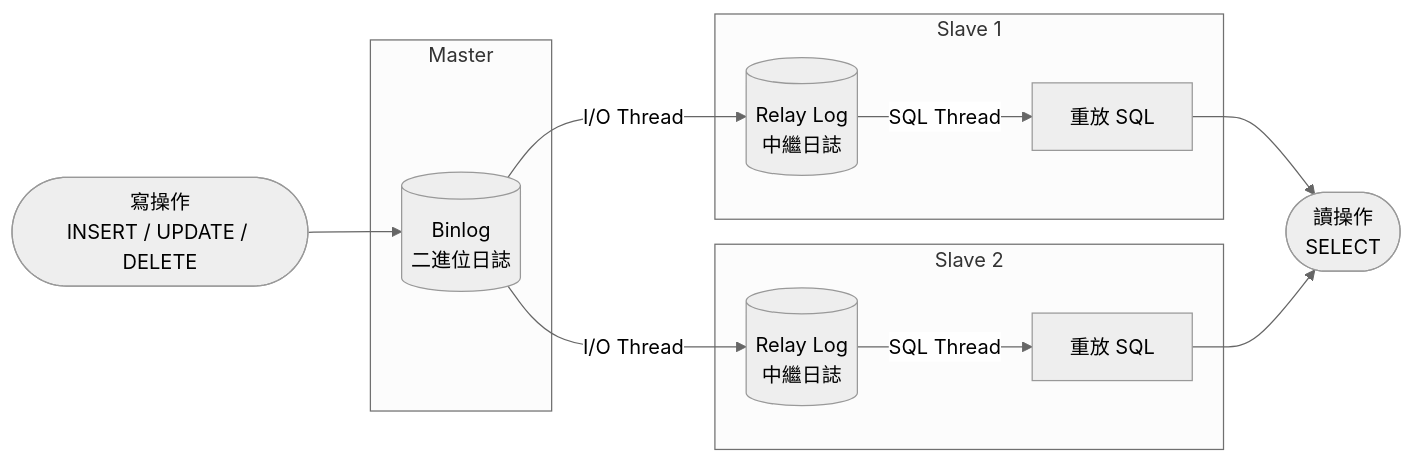
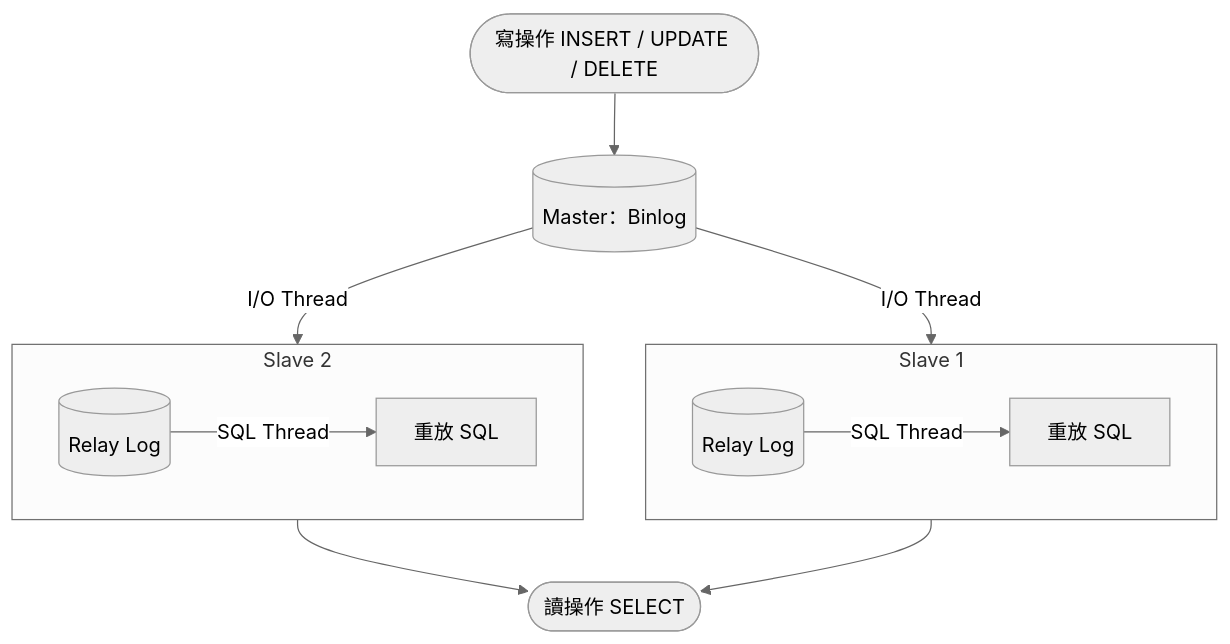
Before and after one commit to AnthonyFuFu/StudyNotes: the diagram in docs/data/mysql/replication.md, drawn with Mermaid (neutral theme). The commit also changed 43 other files, not shown here.

````diff
--- a/docs/data/mysql/replication.md
+++ b/docs/data/mysql/replication.md
@@ -5,16 +5,15 @@
 ``` mermaid
-flowchart LR
-    W(["寫操作<br>INSERT / UPDATE / DELETE"]) --> M
-    subgraph Master
-        M[("Binlog<br>二進位日誌")]
-    end
+flowchart TB
+    W(["寫操作 INSERT / UPDATE / DELETE"]) --> M[("Master：Binlog")]
+    M -- I/O Thread --> R1
+    M -- I/O Thread --> R2
     subgraph Slave1 ["Slave 1"]
-        R1[("Relay Log<br>中繼日誌")] -- SQL Thread --> S1["重放 SQL"]
+        direction LR
+        R1[("Relay Log")] -- SQL Thread --> S1["重放 SQL"]
     end
     subgraph Slave2 ["Slave 2"]
-        R2[("Relay Log<br>中繼日誌")] -- SQL Thread --> S2["重放 SQL"]
+        direction LR
+        R2[("Relay Log")] -- SQL Thread --> S2["重放 SQL"]
     end
-    M -- I/O Thread --> R1
-    M -- I/O Thread --> R2
-    S1 & S2 --> Q(["讀操作<br>SELECT"])
+    Slave1 & Slave2 --> Q(["讀操作 SELECT"])
 ```
````
